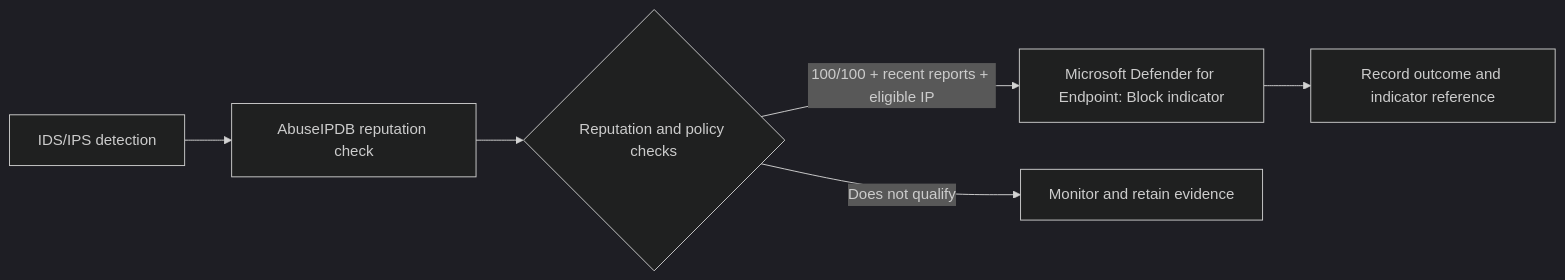
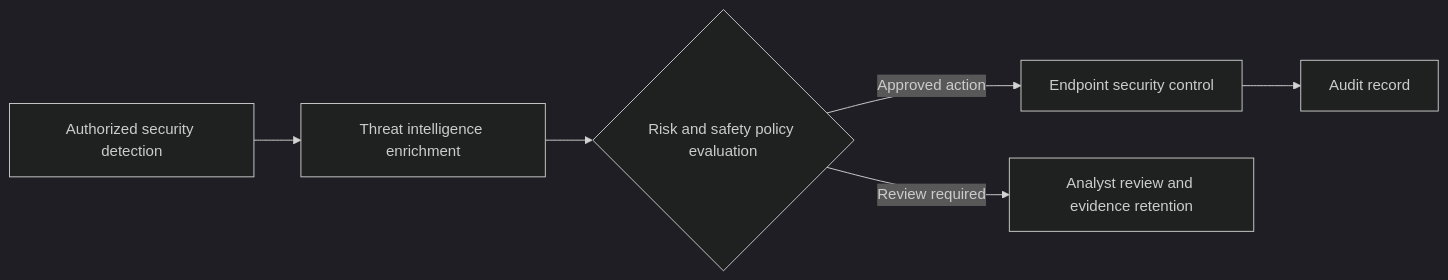
Before and after one commit to danilovida/SOC-CORE: the first of 2 diagrams in README.md, drawn with Mermaid (dark theme). The commit also changed other lines of this file, not shown here.

Commit message:
docs(security): generalize active response and SOAR operational details

````diff
--- a/README.md
+++ b/README.md
@@ -148,8 +148,8 @@
 ```mermaid
 flowchart LR
-    IDS[IDS/IPS detection] --> TI[AbuseIPDB reputation check]
-    TI --> POLICY{Reputation and policy checks}
-    POLICY -->|100/100 + recent reports + eligible IP| MDE[Microsoft Defender for Endpoint: Block indicator]
-    POLICY -->|Does not qualify| MON[Monitor and retain evidence]
-    MDE --> AUDIT[Record outcome and indicator reference]
+    IDS[Authorized security detection] --> TI[Threat intelligence enrichment]
+    TI --> POLICY{Risk and safety policy evaluation}
+    POLICY -->|Approved action| MDE[Endpoint security control]
+    POLICY -->|Review required| MON[Analyst review and evidence retention]
+    MDE --> AUDIT[Audit record]
 ```
````
